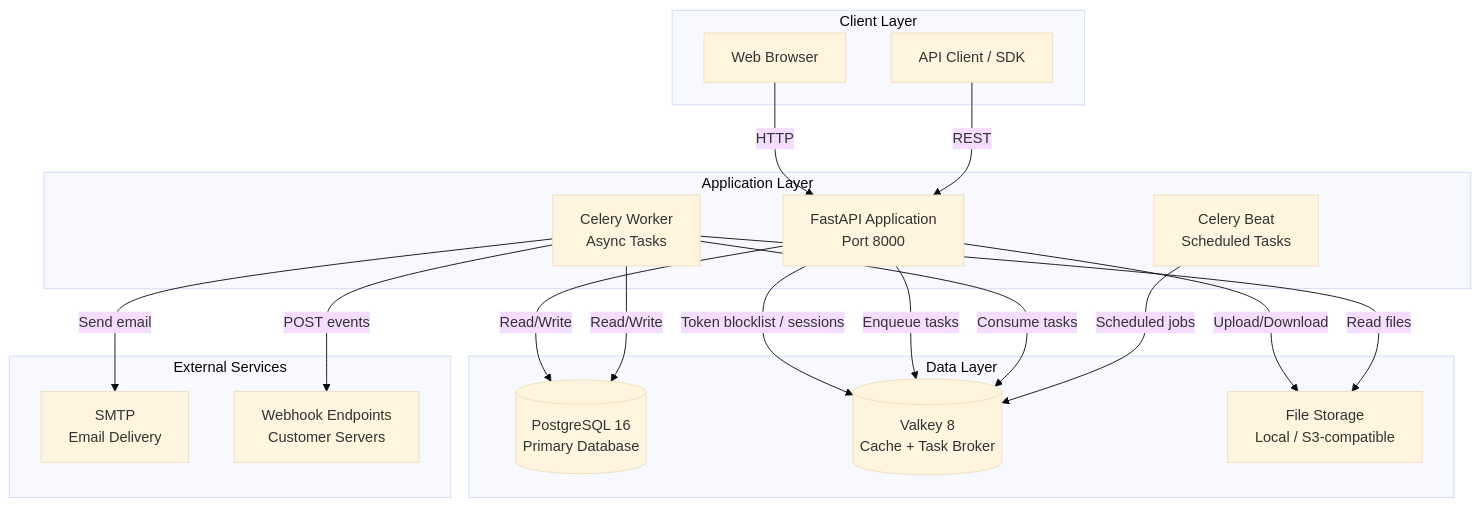
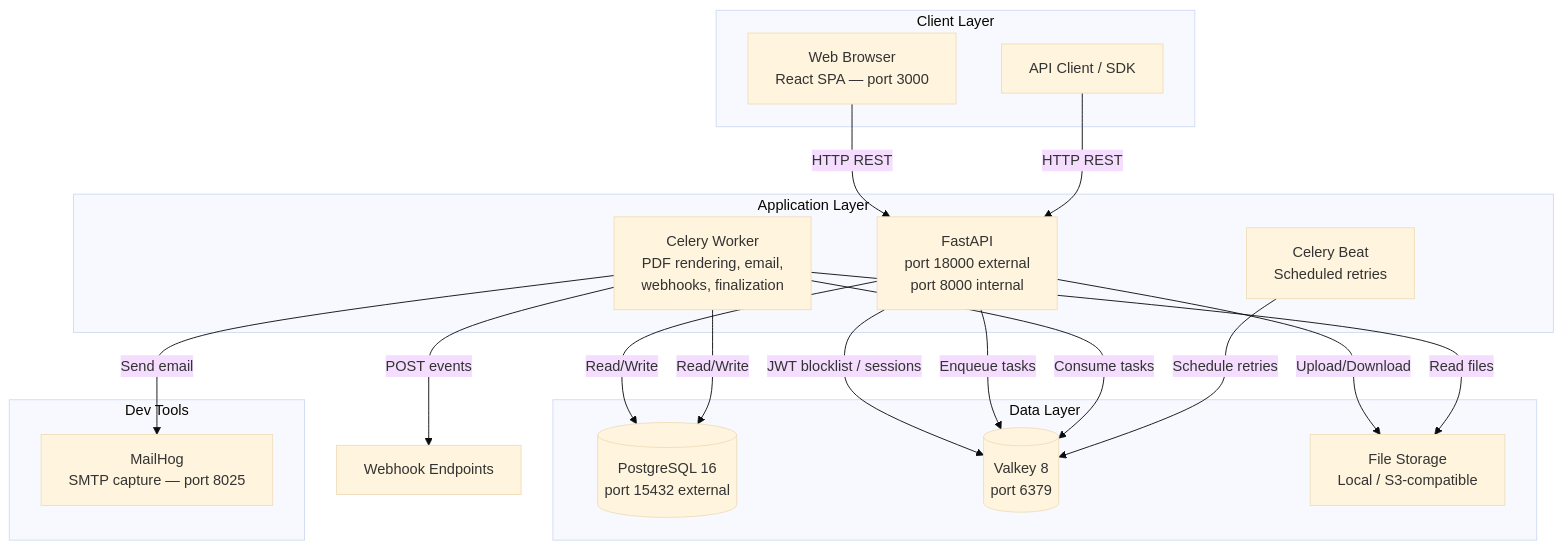
Before and after one commit to joestein/data-seal: the diagram in README.md, drawn with Mermaid (base theme). The commit also changed other lines of this file and 195 other files, not shown here.

````diff
--- a/README.md
+++ b/README.md
@@ -144,37 +131,36 @@
 ```mermaid
 graph TB
     subgraph "Client Layer"
-        WEB[Web Browser]
+        BROWSER[Web Browser<br/>React SPA — port 3000]
         APICLIENT[API Client / SDK]
     end
 
     subgraph "Application Layer"
-        FASTAPI[FastAPI Application<br/>Port 8000]
-        WORKER[Celery Worker<br/>Async Tasks]
-        BEAT[Celery Beat<br/>Scheduled Tasks]
+        FASTAPI[FastAPI<br/>port 18000 external<br/>port 8000 internal]
+        WORKER[Celery Worker<br/>PDF rendering, email,<br/>webhooks, finalization]
+        BEAT[Celery Beat<br/>Scheduled retries]
     end
 
     subgraph "Data Layer"
-        PG[(PostgreSQL 16<br/>Primary Database)]
-        VALKEY[(Valkey 8<br/>Cache + Task Broker)]
+        PG[(PostgreSQL 16<br/>port 15432 external)]
+        VALKEY[(Valkey 8<br/>port 6379)]
         FS[File Storage<br/>Local / S3-compatible]
     end
 
-    subgraph "External Services"
-        SMTP[SMTP<br/>Email Delivery]
-        WHOOK[Webhook Endpoints<br/>Customer Servers]
+    subgraph "Dev Tools"
+        MAILHOG[MailHog<br/>SMTP capture — port 8025]
     end
 
-    WEB -->|HTTP| FASTAPI
-    APICLIENT -->|REST| FASTAPI
+    BROWSER -->|HTTP REST| FASTAPI
+    APICLIENT -->|HTTP REST| FASTAPI
     FASTAPI -->|Read/Write| PG
-    FASTAPI -->|Token blocklist / sessions| VALKEY
+    FASTAPI -->|JWT blocklist / sessions| VALKEY
     FASTAPI -->|Upload/Download| FS
     FASTAPI -->|Enqueue tasks| VALKEY
     WORKER -->|Consume tasks| VALKEY
     WORKER -->|Read/Write| PG
     WORKER -->|Read files| FS
-    WORKER -->|Send email| SMTP
-    WORKER -->|POST events| WHOOK
-    BEAT -->|Scheduled jobs| VALKEY
+    WORKER -->|Send email| MAILHOG
+    WORKER -->|POST events| WEBHOOKS[Webhook Endpoints]
+    BEAT -->|Schedule retries| VALKEY
 ```
````
